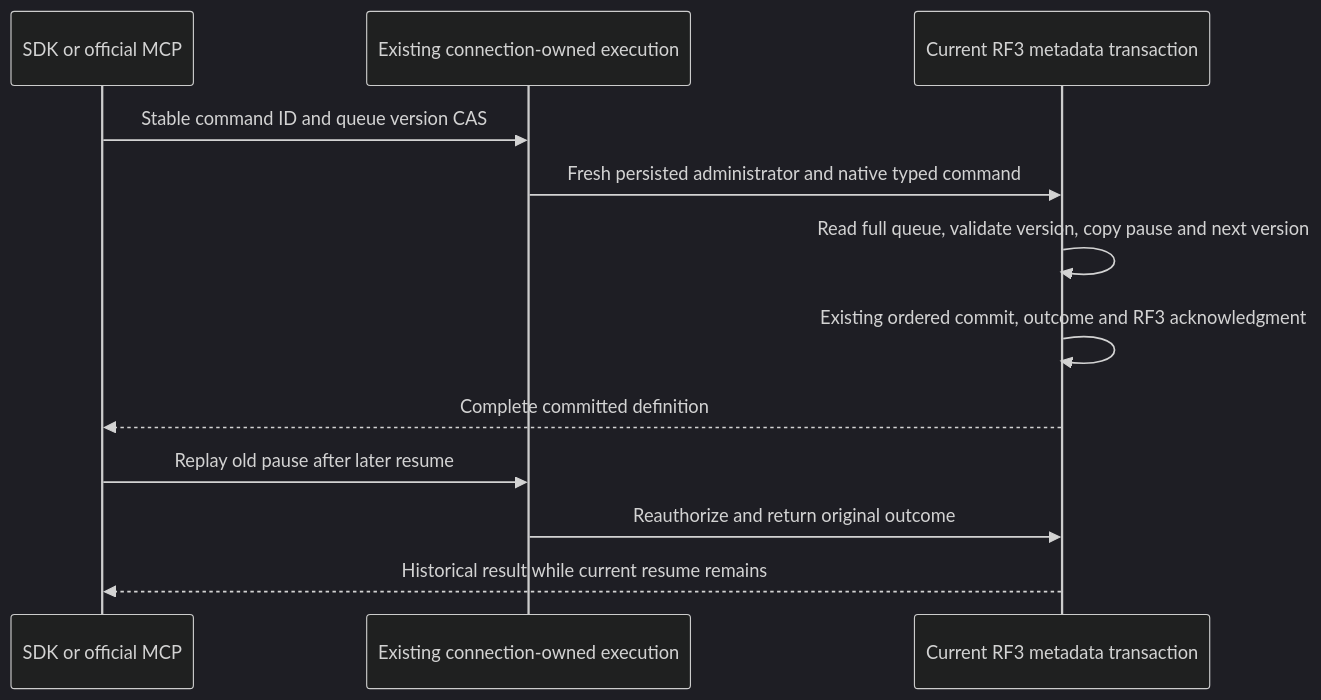
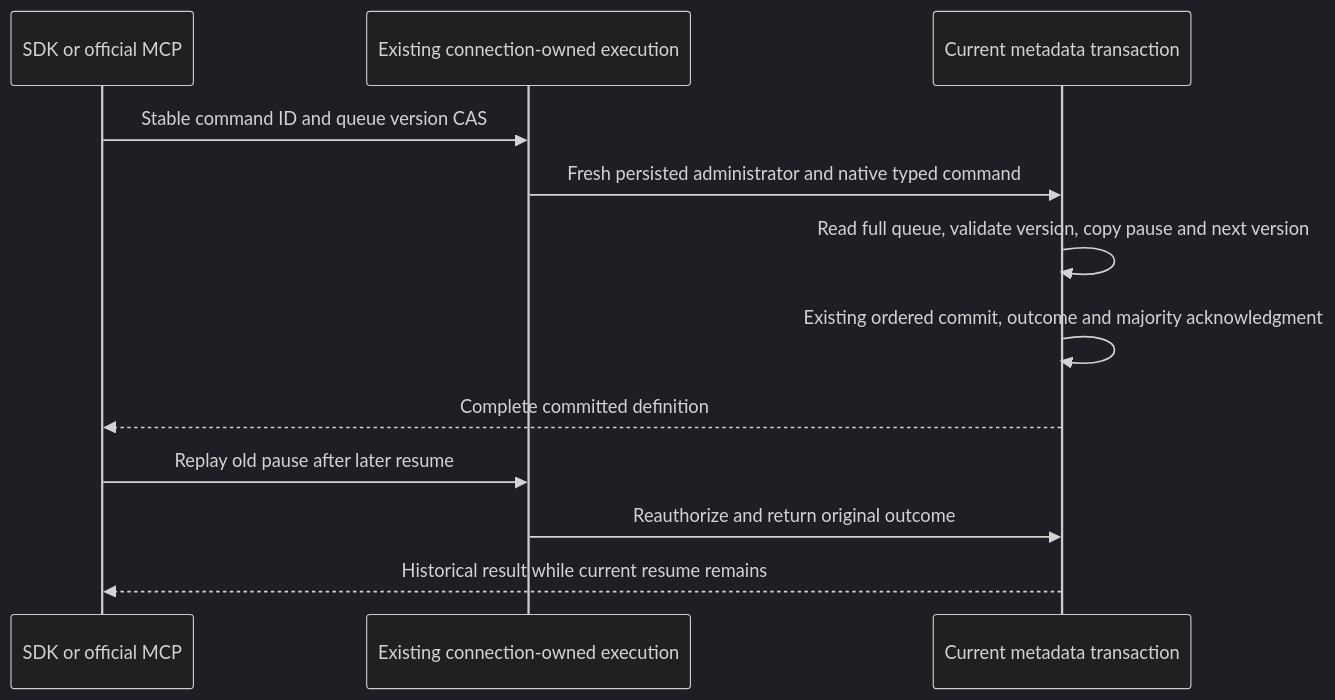
The diagram in docs/ADR/ADR-131-queue-dispatch-state-cas.md (managedcode/KeyLoad), drawn with Mermaid (dark theme) before and after one commit. The commit also changed other lines of this file and 7356 other files, not shown here.

````diff
--- a/docs/ADR/ADR-131-queue-dispatch-state-cas.md
+++ b/docs/ADR/ADR-131-queue-dispatch-state-cas.md
@@ -34,14 +34,14 @@
 ```mermaid
 sequenceDiagram
     participant Caller as SDK or official MCP
     participant Owner as Existing connection-owned execution
-    participant Meta as Current RF3 metadata transaction
+    participant Meta as Current metadata transaction
     Caller->>Owner: Stable command ID and queue version CAS
     Owner->>Meta: Fresh persisted administrator and native typed command
     Meta->>Meta: Read full queue, validate version, copy pause and next version
-    Meta->>Meta: Existing ordered commit, outcome and RF3 acknowledgment
+    Meta->>Meta: Existing ordered commit, outcome and majority acknowledgment
     Meta-->>Caller: Complete committed definition
     Caller->>Owner: Replay old pause after later resume
     Owner->>Meta: Reauthorize and return original outcome
     Meta-->>Caller: Historical result while current resume remains
 ```
````
